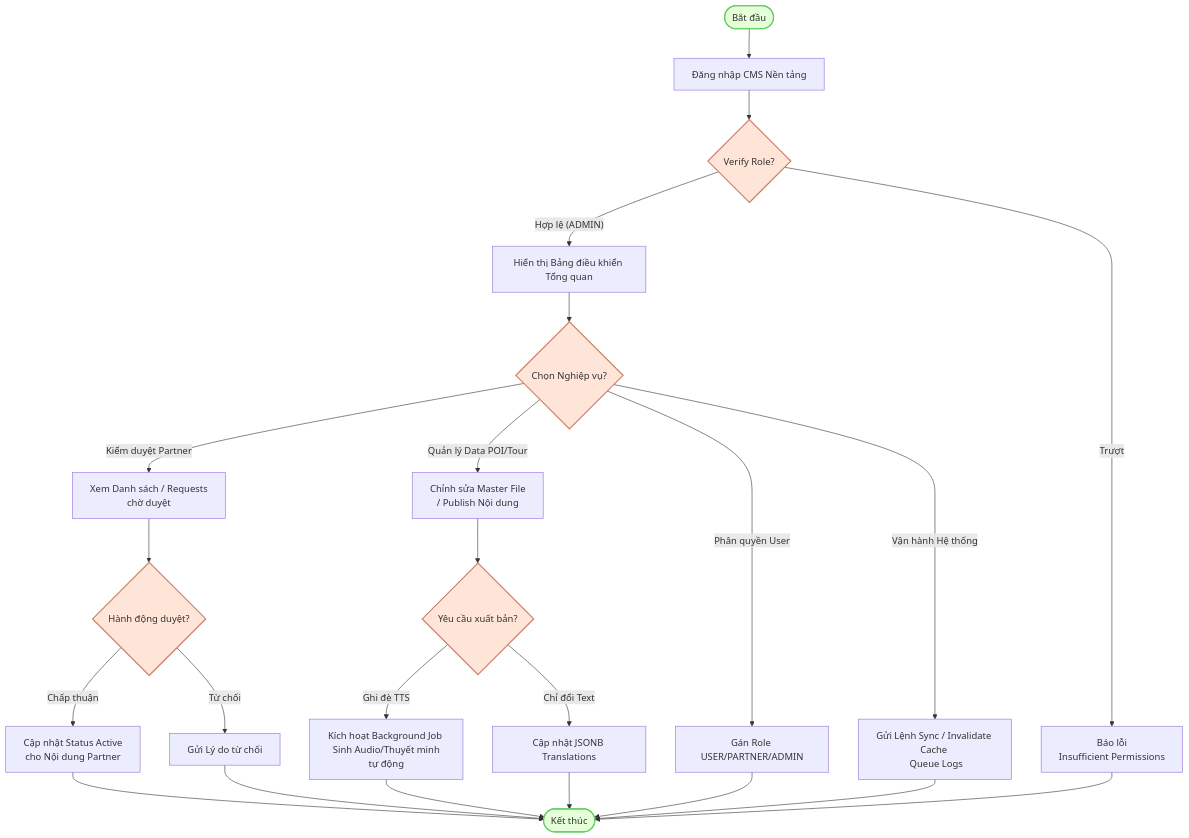
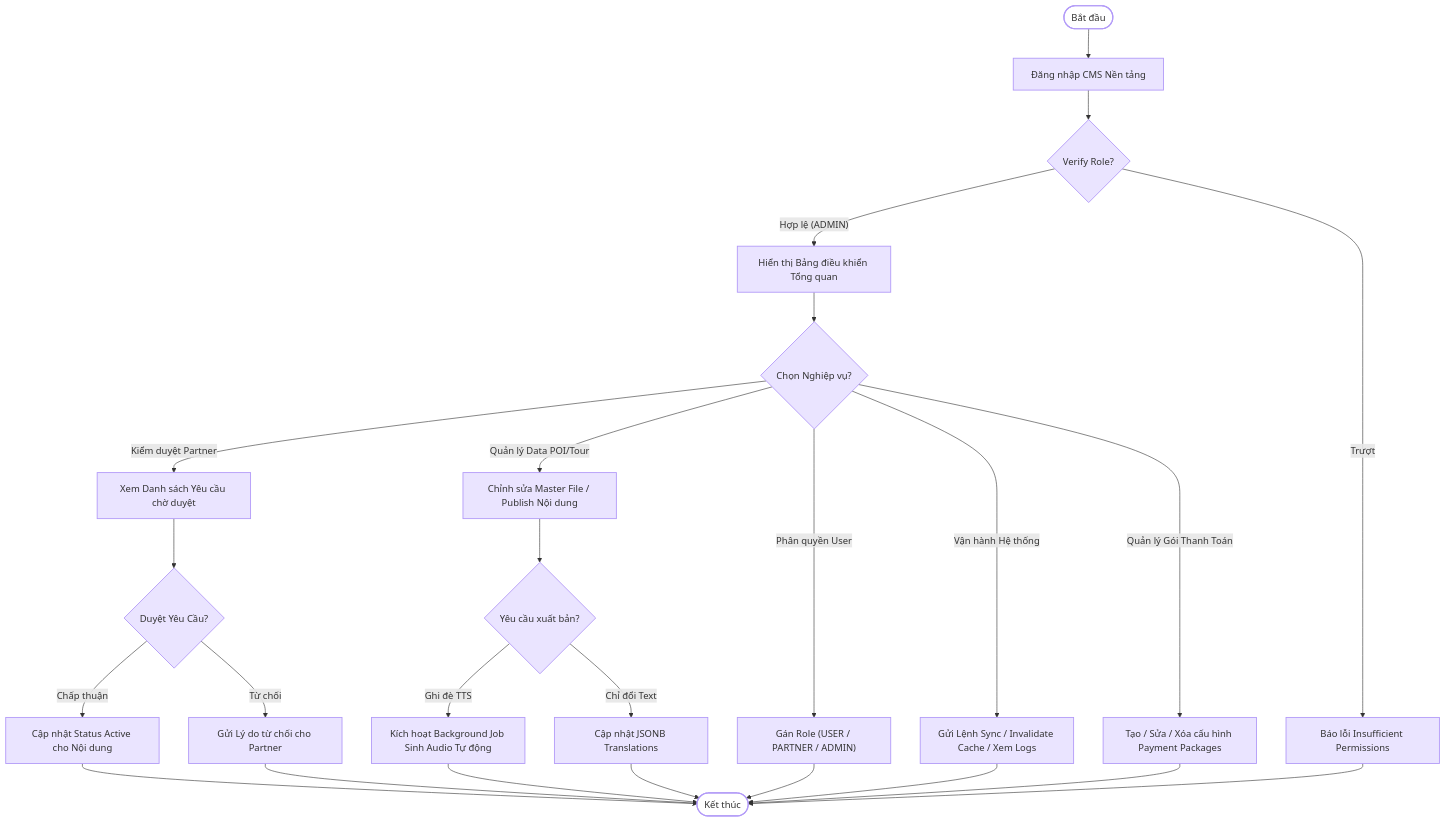
One commit to ngsouthbrother04/PhoAmThuc changed the third of 3 diagrams in docs/diagram-activity.md. Above: the diagram before and after it, drawn with Mermaid. The commit also changed other lines of this file and 3 other files, not shown here.

Commit message:
adjust diagrams

````diff
--- a/docs/diagram-activity.md
+++ b/docs/diagram-activity.md
@@ -88,35 +101,40 @@
 ```mermaid
 flowchart TD
     A([Bắt đầu]) --> B["Đăng nhập CMS Nền tảng"]
     B --> C{"Verify Role?"}
-    C -- "Trượt" --> D["Báo lỗi <br> Insufficient Permissions"]
+    C -- "Trượt" --> D["Báo lỗi Insufficient Permissions"]
     
     C -- "Hợp lệ (ADMIN)" --> E["Hiển thị Bảng điều khiển Tổng quan"]
     
     E --> F{"Chọn Nghiệp vụ?"}
-    F -- "Kiểm duyệt Partner" --> G["Xem Danh sách / Requests <br> chờ duyệt"]
-    F -- "Quản lý Data POI/Tour" --> H["Chỉnh sửa Master File <br> / Publish Nội dung"]
-    F -- "Phân quyền User" --> I["Gán Role USER/PARTNER/ADMIN"]
-    F -- "Vận hành Hệ thống" --> J["Gửi Lệnh Sync / Invalidate Cache <br> Queue Logs"]
+    F -- "Kiểm duyệt Partner" --> G["Xem Danh sách Yêu cầu chờ duyệt"]
+    F -- "Quản lý Data POI/Tour" --> H["Chỉnh sửa Master File / Publish Nội dung"]
+    F -- "Phân quyền User" --> I["Gán Role (USER / PARTNER / ADMIN)"]
+    F -- "Vận hành Hệ thống" --> J["Gửi Lệnh Sync / Invalidate Cache / Xem Logs"]
+    F -- "Quản lý Gói Thanh Toán" --> V["Tạo / Sửa / Xóa cấu hình Payment Packages"]
     
-    G --> K{"Hành động duyệt?"}
-    K -- "Chấp thuận" --> L["Cập nhật Status Active <br> cho Nội dung Partner"]
-    K -- "Từ chối" --> M["Gửi Lý do từ chối"]
+    G --> K{"Duyệt Yêu Cầu?"}
+    K -- "Chấp thuận" --> L["Cập nhật Status Active cho Nội dung"]
+    K -- "Từ chối" --> M["Gửi Lý do từ chối cho Partner"]
     
     H --> N{"Yêu cầu xuất bản?"}
-    N -- "Ghi đè TTS" --> O["Kích hoạt Background Job <br> Sinh Audio/Thuyết minh tự động"]
+    N -- "Ghi đè TTS" --> O["Kích hoạt Background Job Sinh Audio Tự động"]
     N -- "Chỉ đổi Text" --> P["Cập nhật JSONB Translations"]
     
-    L --> Q([Hoàn tất & Kết thúc])
+    L --> Q([Kết thúc])
     M --> Q
     O --> Q
     P --> Q
     I --> Q
     J --> Q
-    D --> Q([Kết thúc])
+    V --> Q
+    D --> Q
     
-    classDef startend fill:#e5ffd8,stroke:#66cc66,stroke-width:2px;
-    classDef condition fill:#ffe5d8,stroke:#cc8066,stroke-width:2px;
+    %% Style adjustments for Purple Theme
+    classDef default fill:#EAE4FF,stroke:#B29AF8,stroke-width:1.5px,color:#333;
+    classDef startend fill:#FFFFFF,stroke:#B29AF8,stroke-width:2px,color:#333;
+    classDef decision fill:#EAE4FF,stroke:#B29AF8,stroke-width:1.5px,color:#333;
+    
     class A,Q startend;
-    class C,F,K,N condition;
+    class C,F,K,N decision;
 ```
````
